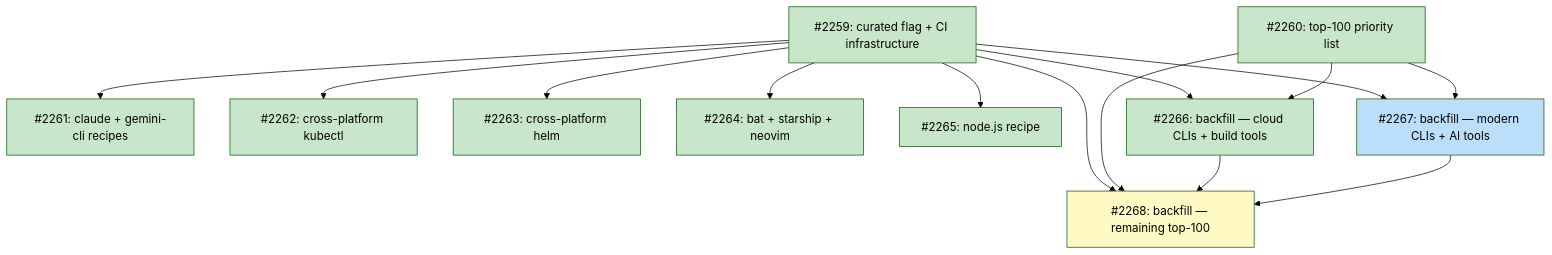
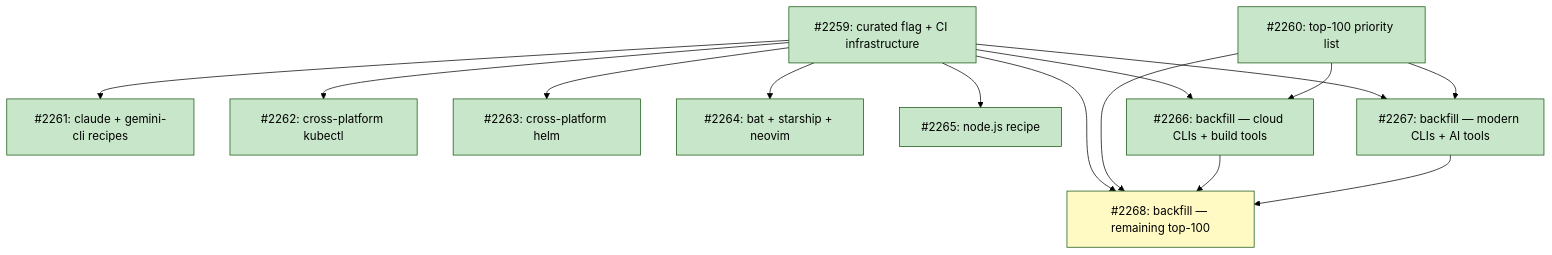
The diagram in docs/plans/PLAN-curated-recipes.md (tsukumogami/tsuku), drawn with Mermaid (forest theme) before and after one commit. The commit also changed other lines of this file and 1 other file, not shown here.

````diff
--- a/docs/plans/PLAN-curated-recipes.md
+++ b/docs/plans/PLAN-curated-recipes.md
@@ -51,41 +51,40 @@
 ```mermaid
 graph TD
     I2259["#2259: curated flag + CI infrastructure"]
     I2260["#2260: top-100 priority list"]
     I2261["#2261: claude + gemini-cli recipes"]
     I2262["#2262: cross-platform kubectl"]
     I2263["#2263: cross-platform helm"]
     I2264["#2264: bat + starship + neovim"]
     I2265["#2265: node.js recipe"]
     I2266["#2266: backfill — cloud CLIs + build tools"]
     I2267["#2267: backfill — modern CLIs + AI tools"]
     I2268["#2268: backfill — remaining top-100"]
 
     I2259 --> I2261
     I2259 --> I2262
     I2259 --> I2263
     I2259 --> I2264
     I2259 --> I2265
     I2259 --> I2266
     I2259 --> I2267
     I2259 --> I2268
     I2260 --> I2266
     I2260 --> I2267
     I2260 --> I2268
     I2266 --> I2268
     I2267 --> I2268
 
     classDef done fill:#c8e6c9
     classDef ready fill:#bbdefb
     classDef blocked fill:#fff9c4
     classDef needsDesign fill:#e1bee7
     classDef needsPrd fill:#b3e5fc
     classDef needsSpike fill:#ffcdd2
     classDef needsDecision fill:#d1c4e9
     classDef tracksDesign fill:#FFE0B2,stroke:#F57C00,color:#000
     classDef tracksPlan fill:#FFE0B2,stroke:#F57C00,color:#000
 
-    class I2259,I2260,I2261,I2262,I2263,I2264,I2265,I2266 done
-    class I2267 ready
+    class I2259,I2260,I2261,I2262,I2263,I2264,I2265,I2266,I2267 done
     class I2268 blocked
 ```
````
